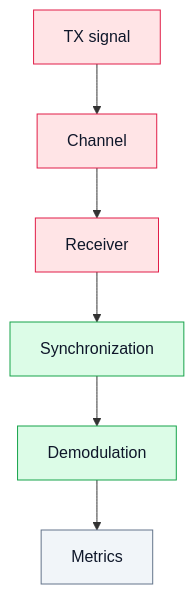
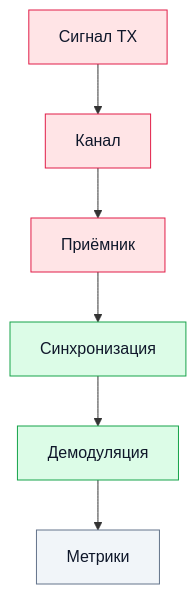
The diagram in blocks/block_01_intro_sdr/19_lab6_end_to_end_ru.md (Lay007/zynq-sdr-course), drawn with Mermaid before and after one commit. The commit also changed other lines of this file and 35 other files, not shown here.

````diff
--- a/blocks/block_01_intro_sdr/19_lab6_end_to_end_ru.md
+++ b/blocks/block_01_intro_sdr/19_lab6_end_to_end_ru.md
@@ -14,15 +14,15 @@
 ```mermaid
 flowchart TB
     classDef dsp fill:#DCFCE7,color:#0F172A,stroke:#16A34A;
     classDef rf fill:#FFE4E6,color:#0F172A,stroke:#E11D48;
     classDef metric fill:#F1F5F9,color:#0F172A,stroke:#64748B;
 
-    TX["TX signal"]:::rf
-    CH["Channel"]:::rf
-    RX["Receiver"]:::rf
-    SYNC["Synchronization"]:::dsp
-    DEMOD["Demodulation"]:::dsp
-    METRICS["Metrics"]:::metric
+    TX["Сигнал TX"]:::rf
+    CH["Канал"]:::rf
+    RX["Приёмник"]:::rf
+    SYNC["Синхронизация"]:::dsp
+    DEMOD["Демодуляция"]:::dsp
+    METRICS["Метрики"]:::metric
 
     TX --> CH --> RX --> SYNC --> DEMOD --> METRICS
 ```
````
